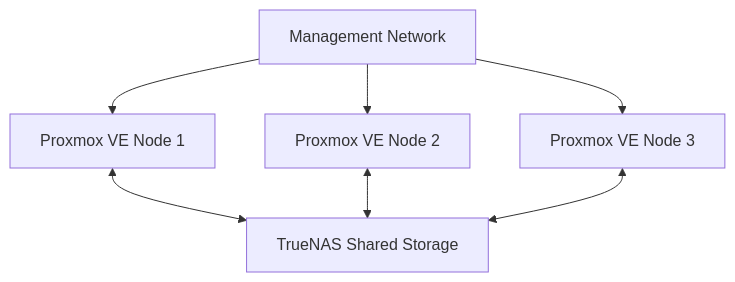
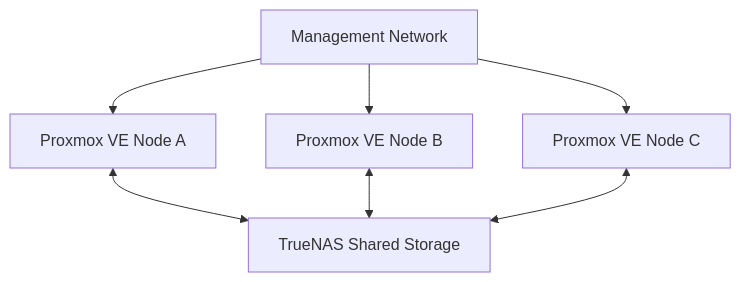
One commit to cartesi0/proxmox-ha-homelab changed the first of 2 diagrams in docs/architecture.md. Above: the diagram before and after it, drawn with Mermaid. The commit also changed other lines of this file, not shown here.

Commit message:
Sanitize architecture details

````diff
--- a/docs/architecture.md
+++ b/docs/architecture.md
@@ -22,16 +24,16 @@
 ```mermaid
 flowchart TD
     LAN[Management Network]
-    PVE1[Proxmox VE Node 1]
-    PVE2[Proxmox VE Node 2]
-    PVE3[Proxmox VE Node 3]
+    PVE1[Proxmox VE Node A]
+    PVE2[Proxmox VE Node B]
+    PVE3[Proxmox VE Node C]
     STORAGE[TrueNAS Shared Storage]
 
     LAN --> PVE1
     LAN --> PVE2
     LAN --> PVE3
 
     PVE1 <--> STORAGE
     PVE2 <--> STORAGE
     PVE3 <--> STORAGE
 ```
````
